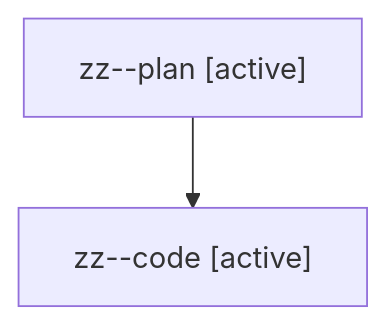
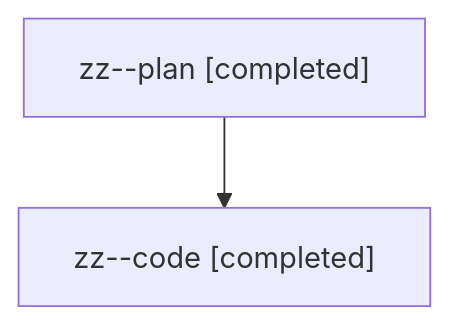
Before and after one commit to sase-org/sase--agents: the diagram in families/bbugyi200.athena.zz.md, drawn with Mermaid. The commit also changed other lines of this file and 1178 other files, not shown here.

````diff
--- a/families/bbugyi200.athena.zz.md
+++ b/families/bbugyi200.athena.zz.md
@@ -9,6 +9,6 @@
 ```mermaid
 flowchart TD
-  n0["zz--plan [active]"]
-  n1["zz--code [active]"]
+  n0["zz--plan [completed]"]
+  n1["zz--code [completed]"]
   n0 --> n1
 ```
````
